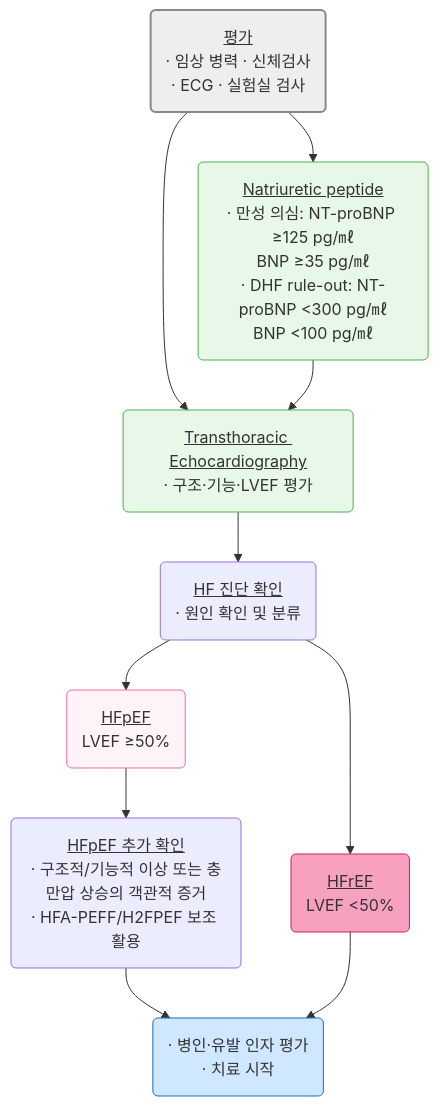
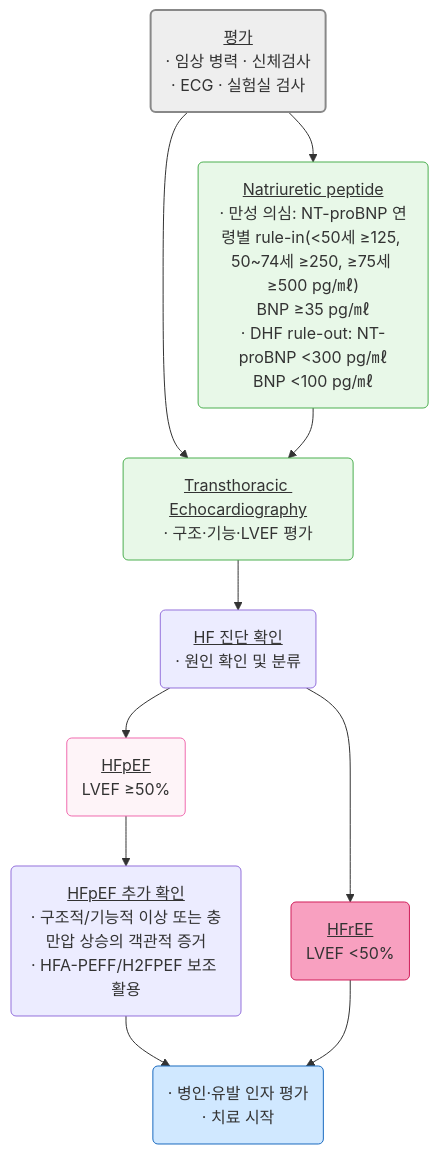
Before and after one commit to familyoh77/familyoh77: the second of 3 diagrams in 225_/098_-heart-failure.md, drawn with Mermaid. The commit also changed other lines of this file, not shown here.

````diff
--- a/225_/098_-heart-failure.md
+++ b/225_/098_-heart-failure.md
@@ -131,26 +134,26 @@
 ```mermaid
 graph TD
     A("<u>평가</u>\n· 임상 병력 · 신체검사\n· ECG · 실험실 검사")
 style A fill:#eeeeee,stroke:#888888,stroke-width:2px
-    B("<u>Natriuretic peptide</u>\n· 만성 의심: NT-proBNP ≥125 pg/㎖\nBNP ≥35 pg/㎖\n· DHF rule-out: NT-proBNP <300 pg/㎖\nBNP <100 pg/㎖")
+    B("<u>Natriuretic peptide</u>\n· 만성 의심: NT-proBNP 연령별 rule-in(&lt;50세 ≥125, 50~74세 ≥250, ≥75세 ≥500 pg/㎖)\nBNP ≥35 pg/㎖\n· DHF rule-out: NT-proBNP <300 pg/㎖\nBNP <100 pg/㎖")
     C("<u>Transthoracic Echocardiography</u>\n· 구조·기능·LVEF 평가")
 classDef lightGreen fill:#e8f8e8,stroke:#4caf50
 class B,C lightGreen
     D("<u>HF 진단 확인</u>\n· 원인 확인 및 분류")
     G("<u>HFrEF</u>\nLVEF <50%")
     E("<u>HFpEF</u>\nLVEF ≥50%")
 style E fill:#fef4f8,stroke:#f06baf
 style G fill:#f8a0c0,stroke:#d01f5a
     HFPEF_DIAG("<u>HFpEF 추가 확인</u>\n· 구조적/기능적 이상 또는 충만압 상승의 객관적 증거\n· HFA-PEFF/H2FPEF 보조 활용")
     H("· 병인·유발 인자 평가\n· 치료 시작")
 style H fill:#d0e8ff,stroke:#1a6abf
     A --> B
     A --> C
     B --> C
     C --> D
     D --> G
     D --> E
     E --> HFPEF_DIAG
     HFPEF_DIAG --> H
     G --> H
 ```
````
